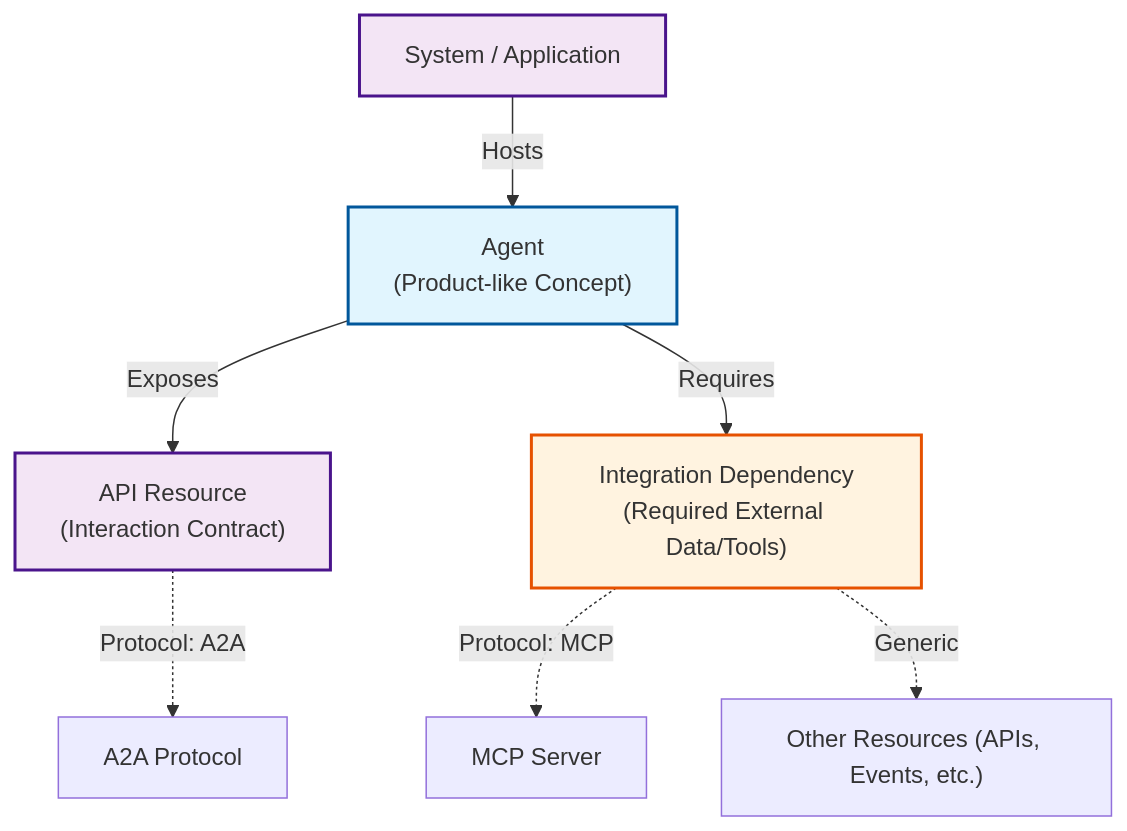
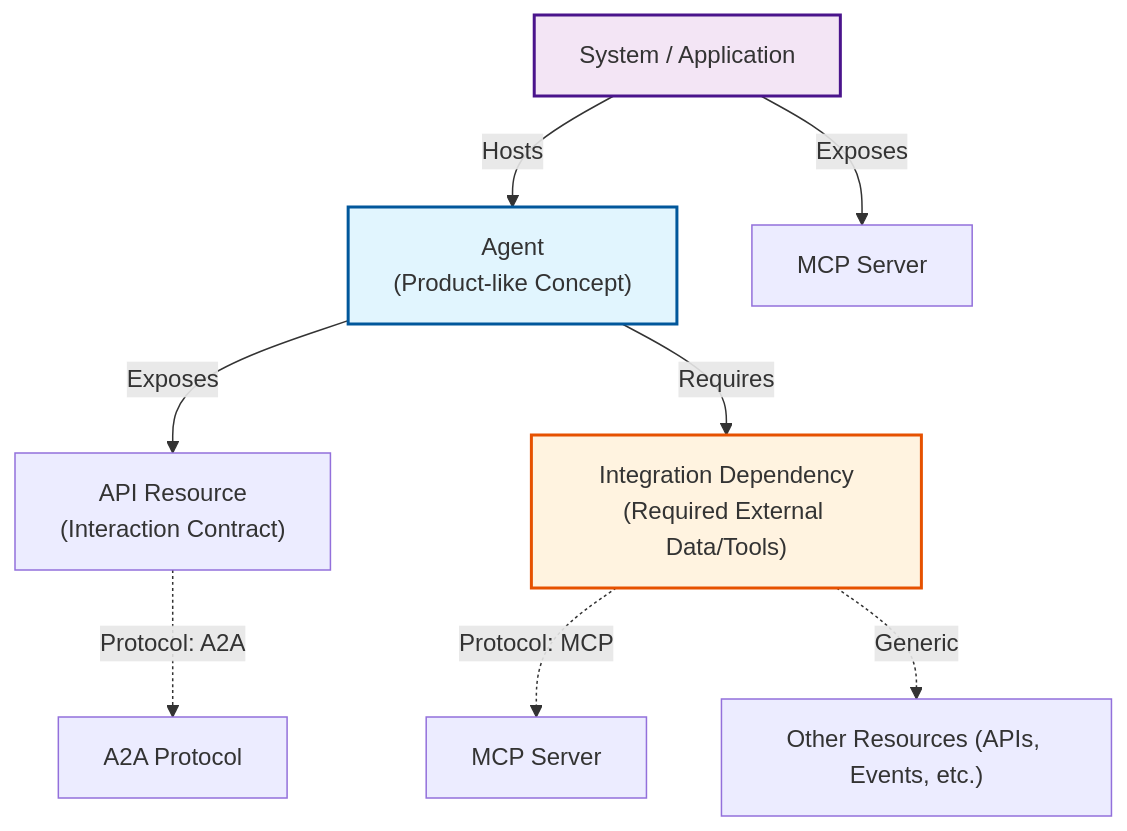
The diagram in docs/spec-v1/concepts/ai-agents-and-protocols.md (open-resource-discovery/specification), drawn with Mermaid before and after one commit.

Commit message:
Minor update to AI page diagram

````diff
--- a/docs/spec-v1/concepts/ai-agents-and-protocols.md
+++ b/docs/spec-v1/concepts/ai-agents-and-protocols.md
@@ -102,19 +102,20 @@
 ```mermaid
 graph TD
     classDef concept fill:#e1f5fe,stroke:#01579b,stroke-width:2px;
     classDef tech fill:#f3e5f5,stroke:#4a148c,stroke-width:2px;
     classDef dep fill:#fff3e0,stroke:#e65100,stroke-width:2px;
 
     Agent["Agent<br/>(Product-like Concept)"]:::concept
     System["System / Application"]:::tech
-    API["API Resource<br/>(Interaction Contract)"]:::tech
+    API["API Resource<br/>(Interaction Contract)"]
     Dep["Integration Dependency<br/>(Required External Data/Tools)"]:::dep
 
     System -- Hosts --> Agent
+    System -- Exposes --> MCPExposed[MCP Server]
     Agent -- Exposes --> API
     Agent -- Requires --> Dep
 
     API -.->|Protocol: A2A| A2A[A2A Protocol]
-    Dep -.->|Protocol: MCP| MCP[MCP Server]
+    Dep -.->|Protocol: MCP| MCPDep[MCP Server]
     Dep -.->|Generic| Other["Other Resources (APIs, Events, etc.)"]
 ```
````
